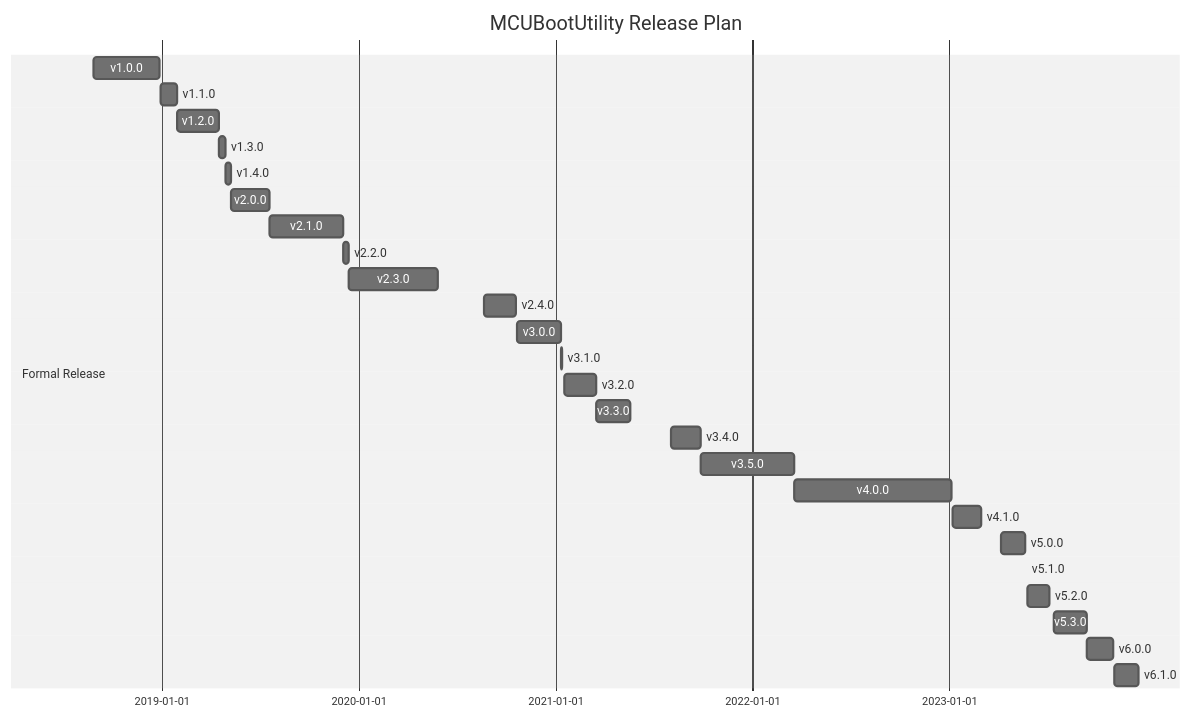
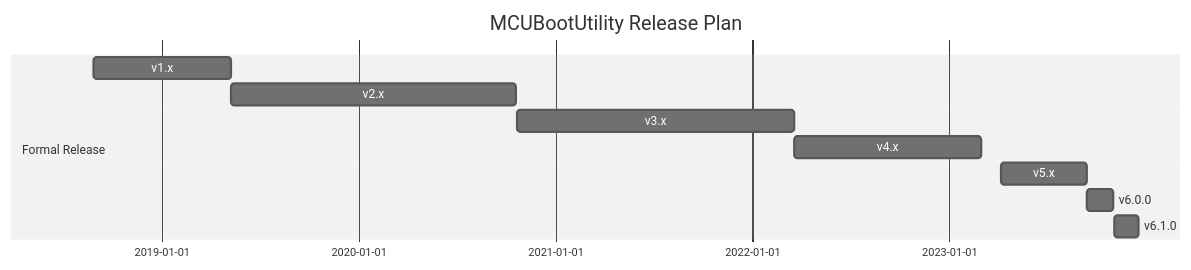
The diagram in README.md (JayHeng/NXP-MCUBootUtility), drawn with Mermaid (neutral theme) before and after one commit.

Commit message:
Simplify release plan in README (en)

````diff
--- a/README.md
+++ b/README.md
@@ -1,30 +1,13 @@
 ``` mermaid
 gantt
     title MCUBootUtility Release Plan
     dateFormat  YYYY-MM-DD
     section Formal Release
-    v1.0.0           :a1, 2018-08-27, 2018-12-28
-    v1.1.0           :a2, 2018-12-29, 2019-01-29
-    v1.2.0           :a3, 2019-01-30, 2019-04-16
-    v1.3.0           :a4, 2019-04-17, 2019-04-29
-    v1.4.0           :a5, 2019-04-30, 2019-05-09
-    v2.0.0           :a6, 2019-05-10, 2019-07-19
-    v2.1.0           :a7, 2019-07-20, 2019-12-03
-    v2.2.0           :a8, 2019-12-04, 2019-12-13
-    v2.3.0           :a9, 2019-12-14, 2020-05-28
-    v2.4.0           :a10, 2020-08-20, 2020-10-20
-    v3.0.0           :a11, 2020-10-21, 2021-01-10
-    v3.1.0           :a12, 2021-01-11, 2021-01-13
-    v3.2.0           :a13, 2021-01-16, 2021-03-17
-    v3.3.0           :a14, 2021-03-18, 2021-05-20
-    v3.4.0           :a15, 2021-08-03, 2021-09-27
-    v3.5.0           :a16, 2021-09-28, 2022-03-19
-    v4.0.0           :a17, 2022-03-20, 2023-01-06
-    v4.1.0           :a18, 2023-01-07, 2023-03-02
-    v5.0.0           :a19, 2023-04-07, 2023-05-23
-    v5.1.0           :a20, 2023-05-24, 2023-05-25
-    v5.2.0           :a21, 2023-05-26, 2023-07-07
-    v5.3.0           :a22, 2023-07-15, 2023-09-14
-    v6.0.0           :a23, 2023-09-15, 2023-11-03
-    v6.1.0           :a24, 2023-11-04, 2023-12-19
+    v1.x             :a1, 2018-08-27, 2019-05-09
+    v2.x             :a2, 2019-05-10, 2020-10-20
+    v3.x             :a3, 2020-10-21, 2022-03-19
+    v4.x             :a4, 2022-03-20, 2023-03-02
+    v5.x             :a5, 2023-04-07, 2023-09-14
+    v6.0.0           :a6, 2023-09-15, 2023-11-03
+    v6.1.0           :a7, 2023-11-04, 2023-12-19
 ```
````
